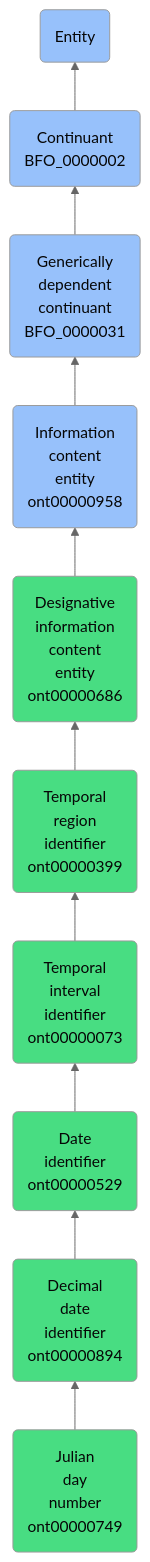
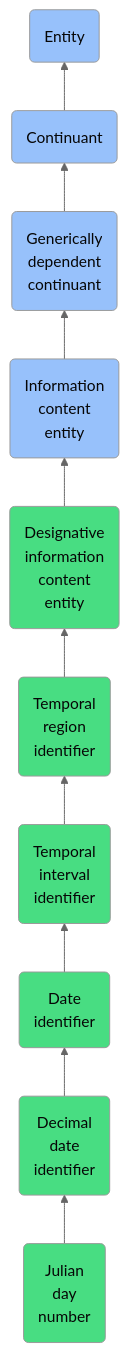
One commit to jupyter-naas/abi changed the diagram in docs/ontology/reference/model/Entity/Continuant/Generically dependent continuant/Information content entity/Designative information content entity/Temporal region identifier/Temporal interval identifier/Date identifier/Decimal date identifier/Julian day number/Julian day number.md. Above: the diagram before and after it, drawn with Mermaid (neutral theme). The commit also changed other lines of this file and 1430 other files, not shown here.

````diff
--- a/docs/ontology/reference/model/Entity/Continuant/Generically dependent continuant/Information content entity/Designative information content entity/Temporal region identifier/Temporal interval identifier/Date identifier/Decimal date identifier/Julian day number/Julian day number.md
+++ b/docs/ontology/reference/model/Entity/Continuant/Generically dependent continuant/Information content entity/Designative information content entity/Temporal region identifier/Temporal interval identifier/Date identifier/Decimal date identifier/Julian day number/Julian day number.md
@@ -24,17 +24,17 @@
 ```mermaid
 graph BT
-    ont00000749(Julian<br>day<br>number<br>ont00000749):::ABI-->ont00000894
-    ont00000894(Decimal<br>date<br>identifier<br>ont00000894):::ABI-->ont00000529
-    ont00000529(Date<br>identifier<br>ont00000529):::ABI-->ont00000073
-    ont00000073(Temporal<br>interval<br>identifier<br>ont00000073):::ABI-->ont00000399
-    ont00000399(Temporal<br>region<br>identifier<br>ont00000399):::ABI-->ont00000686
-    ont00000686(Designative<br>information<br>content<br>entity<br>ont00000686):::ABI-->ont00000958
-    ont00000958(Information<br>content<br>entity<br>ont00000958):::BFO-->BFO_0000031
-    BFO_0000031(Generically<br>dependent<br>continuant<br>BFO_0000031):::BFO-->BFO_0000002
-    BFO_0000002(Continuant<br>BFO_0000002):::BFO-->BFO_0000001
+    ont00000749(Julian<br>day<br>number):::ABI-->ont00000894
+    ont00000894(Decimal<br>date<br>identifier):::ABI-->ont00000529
+    ont00000529(Date<br>identifier):::ABI-->ont00000073
+    ont00000073(Temporal<br>interval<br>identifier):::ABI-->ont00000399
+    ont00000399(Temporal<br>region<br>identifier):::ABI-->ont00000686
+    ont00000686(Designative<br>information<br>content<br>entity):::ABI-->ont00000958
+    ont00000958(Information<br>content<br>entity):::BFO-->BFO_0000031
+    BFO_0000031(Generically<br>dependent<br>continuant):::BFO-->BFO_0000002
+    BFO_0000002(Continuant):::BFO-->BFO_0000001
     BFO_0000001(Entity):::BFO
     
     classDef BFO fill:#97c1fb,color:#060606
     classDef CCO fill:#e4c51e,color:#060606
     classDef ABI fill:#48DD82,color:#060606
 ```
````
